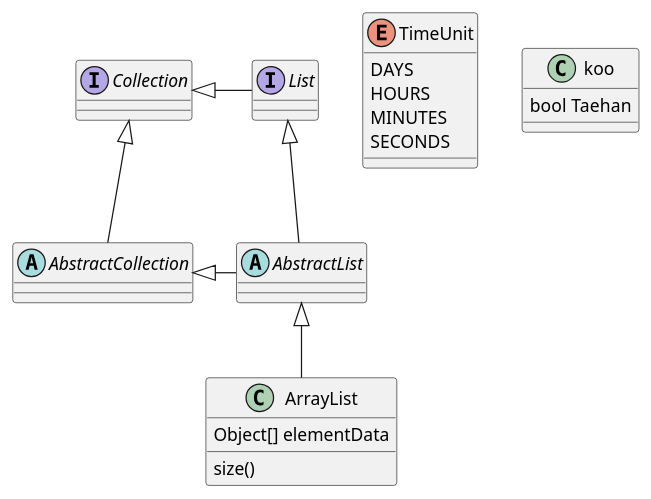
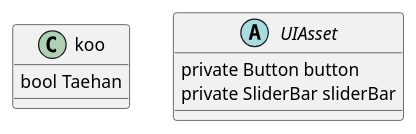
One commit to KodaSystem/Koda changed the diagram in lunchSelector/src/lunchSelector.puml. Above: the diagram before and after it, drawn with PlantUML.

Commit message:
docs: UIAsset UML 작성

```diff
--- a/lunchSelector/src/lunchSelector.puml
+++ b/lunchSelector/src/lunchSelector.puml
@@ -1,32 +1,13 @@
 @startuml
 'https://plantuml.com/class-diagram
 
-abstract class AbstractList
-abstract AbstractCollection
-interface List
-interface Collection
-
-List <|-- AbstractList
-Collection <|-- AbstractCollection
-
-Collection <|- List
-AbstractCollection <|- AbstractList
-AbstractList <|-- ArrayList
-
-class ArrayList {
-Object[] elementData
-size()
+class koo {
+    bool Taehan
 }
 
-enum TimeUnit {
-DAYS
-HOURS
-MINUTES
-SECONDS
-}
-
-class koo {
-bool Taehan
+abstract class UIAsset {
+    private Button button
+    private SliderBar sliderBar
 }
 
 @enduml
```
